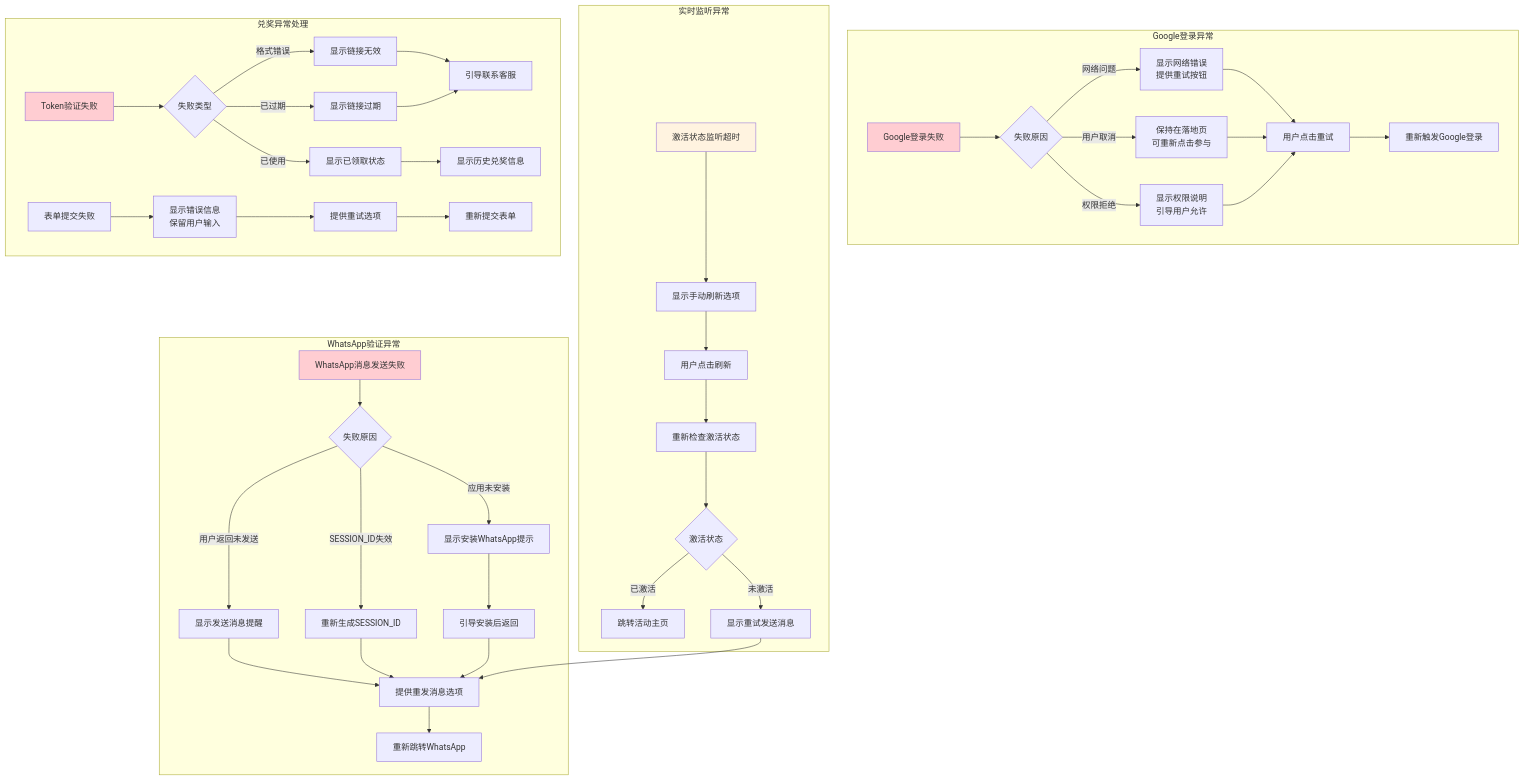
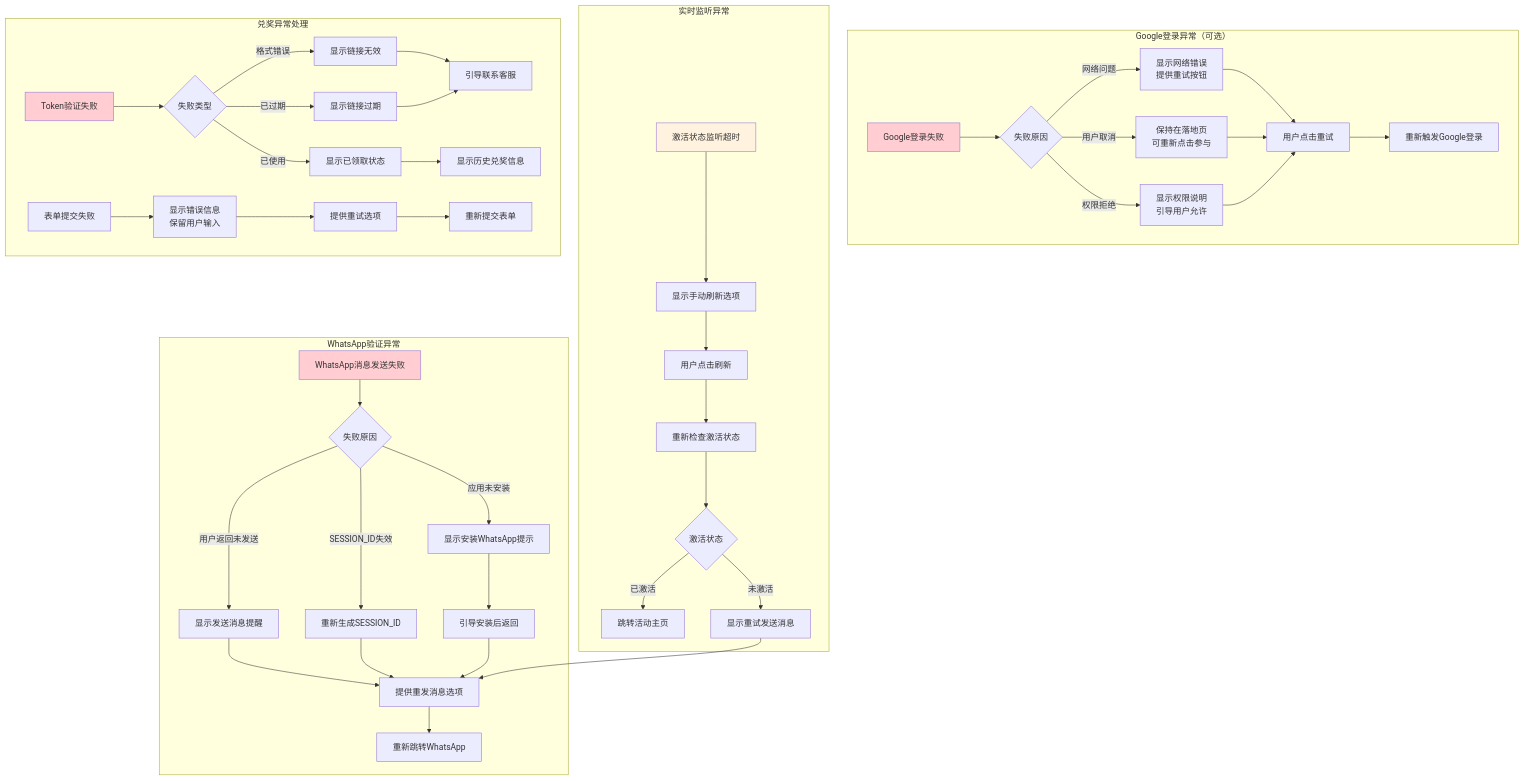
Before and after one commit to penny-design/CCDEMO: the fifth of 6 diagrams in .claude/specs/core-requirements/Flowchart.md, drawn with Mermaid. The commit also changed other lines of this file and 18 other files, not shown here.

````diff
--- a/.claude/specs/core-requirements/Flowchart.md
+++ b/.claude/specs/core-requirements/Flowchart.md
@@ -258,57 +247,57 @@
 ```mermaid
 graph TD
-    subgraph "Google登录异常"
+    subgraph "Google登录异常（可选）"
         A[Google登录失败] --> B{失败原因}
         B -->|网络问题| C[显示网络错误<br/>提供重试按钮]
         B -->|用户取消| D[保持在落地页<br/>可重新点击参与]
         B -->|权限拒绝| E[显示权限说明<br/>引导用户允许]
         
         C --> F[用户点击重试]
         D --> F
         E --> F
         F --> G[重新触发Google登录]
     end
 
     subgraph "WhatsApp验证异常"
         H[WhatsApp消息发送失败] --> I{失败原因}
         I -->|应用未安装| J[显示安装WhatsApp提示]
         I -->|用户返回未发送| K[显示发送消息提醒]
         I -->|SESSION_ID失效| L[重新生成SESSION_ID]
         
         J --> M[引导安装后返回]
         K --> N[提供重发消息选项]
         L --> N
         M --> N
         N --> O[重新跳转WhatsApp]
     end
 
     subgraph "实时监听异常"
         P[激活状态监听超时] --> Q[显示手动刷新选项]
         Q --> R[用户点击刷新]
         R --> S[重新检查激活状态]
         S --> T{激活状态}
         T -->|已激活| U[跳转活动主页]
         T -->|未激活| V[显示重试发送消息]
         V --> N
     end
 
     subgraph "兑奖异常处理"
         W[Token验证失败] --> X{失败类型}
         X -->|格式错误| Y[显示链接无效]
         X -->|已过期| Z[显示链接过期]
         X -->|已使用| AA[显示已领取状态]
         
         Y --> BB[引导联系客服]
         Z --> BB
         AA --> CC[显示历史兑奖信息]
         
         DD[表单提交失败] --> EE[显示错误信息<br/>保留用户输入]
         EE --> FF[提供重试选项]
         FF --> GG[重新提交表单]
     end
 
     style A fill:#ffcdd2
     style H fill:#ffcdd2
     style P fill:#fff3e0
     style W fill:#ffcdd2
 ```
````
